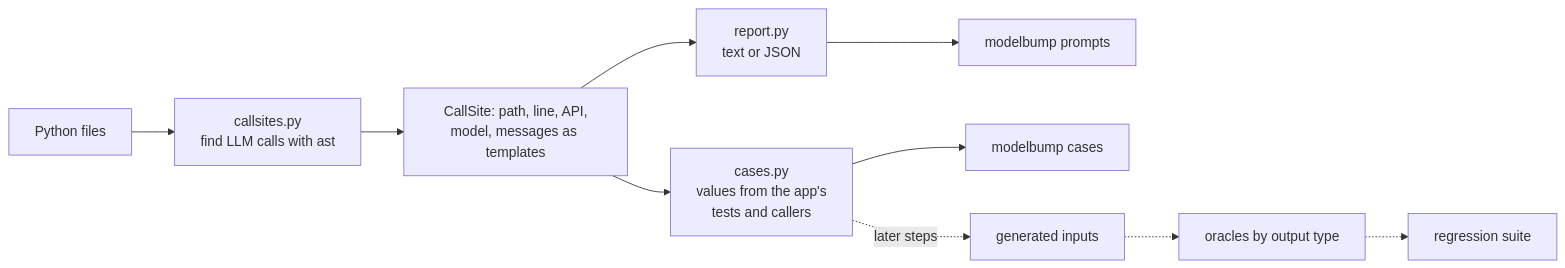
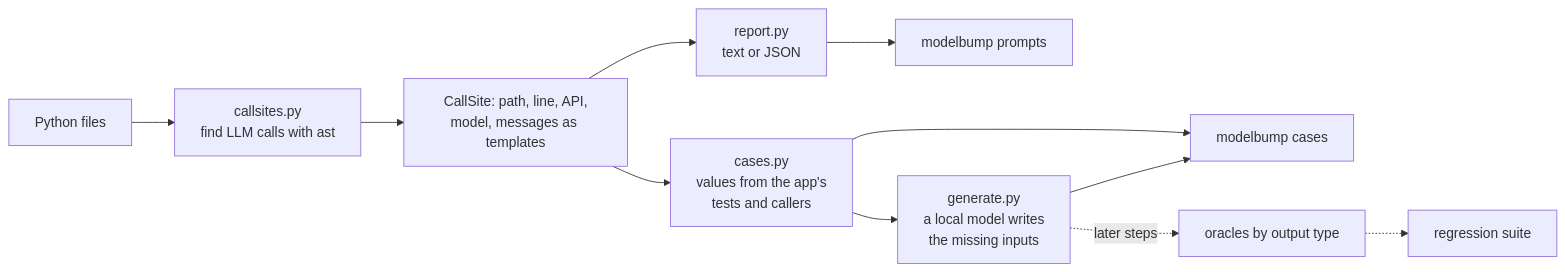
Before and after one commit to actions-marketplace-validations/imhammad_modelbump: the diagram in docs/architecture/synth.md, drawn with Mermaid. The commit also changed other lines of this file and 10 other files, not shown here.

Commit message:
feat(synth): generated test inputs from a local model (#72)

````diff
--- a/docs/architecture/synth.md
+++ b/docs/architecture/synth.md
@@ -7,12 +7,13 @@
 ```mermaid
 flowchart LR
     repo[Python files] --> calls[callsites.py<br/>find LLM calls with ast]
     calls --> sites[CallSite: path, line, API,<br/>model, messages as templates]
     sites --> report[report.py<br/>text or JSON]
     report --> cli[modelbump prompts]
     sites --> cases[cases.py<br/>values from the app's<br/>tests and callers]
-    cases --> cli2[modelbump cases]
-    cases -.later steps.-> generated[generated inputs]
-    generated -.-> oracles[oracles by output type]
+    cases --> generate[generate.py<br/>a local model writes<br/>the missing inputs]
+    generate --> cli2[modelbump cases]
+    cases --> cli2
+    generate -.later steps.-> oracles[oracles by output type]
     oracles -.-> suite[regression suite]
 ```
````
